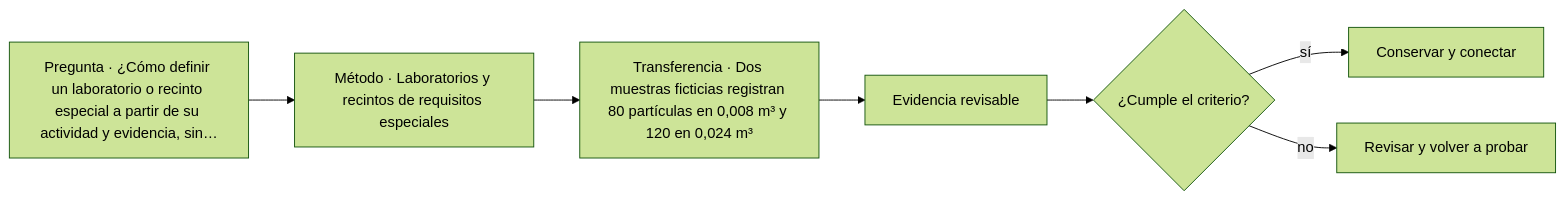
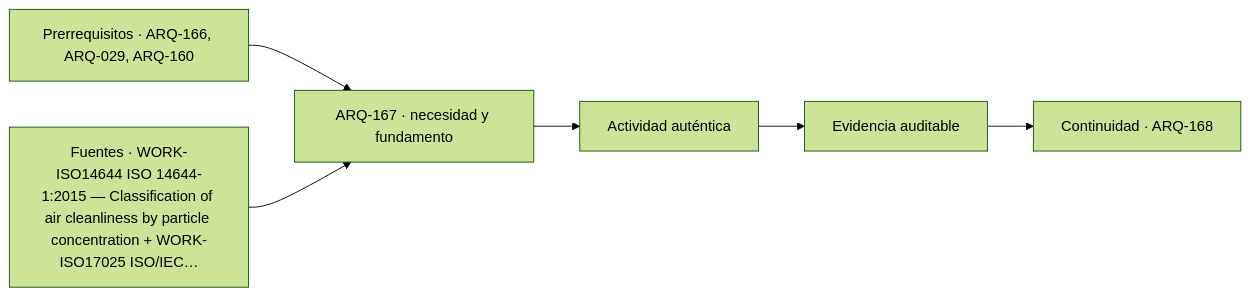
One commit to vladimiracunadev-create/architecture-built-environment-learning-program changed the diagram in classes/parte-17/ARQ-167.md. Above: the diagram before and after it, drawn with Mermaid (forest theme). The commit also changed other lines of this file and 761 other files, not shown here.

````diff
--- a/classes/parte-17/ARQ-167.md
+++ b/classes/parte-17/ARQ-167.md
@@ -108,9 +120,8 @@
 ```mermaid
 flowchart LR
-    Q["Pregunta · ¿Cómo definir un laboratorio o recinto especial a partir de su actividad y evidencia, sin…"] --> M["Método · Laboratorios y recintos de requisitos especiales"]
-    M --> P["Transferencia · Dos muestras ficticias registran 80 partículas en 0,008 m³ y 120 en 0,024 m³"]
-    P --> E["Evidencia revisable"]
-    E --> C{"¿Cumple el criterio?"}
-    C -->|sí| T["Conservar y conectar"]
-    C -->|no| R["Revisar y volver a probar"]
+    A["Prerrequisitos · ARQ-166, ARQ-029, ARQ-160"] --> B["ARQ-167 · necesidad y fundamento"]
+    S["Fuentes · WORK-ISO14644 ISO 14644-1:2015 — Classification of air cleanliness by particle concentration + WORK-ISO17025 ISO/IEC…"] --> B
+    B --> C["Actividad auténtica"]
+    C --> D["Evidencia auditable"]
+    D --> E["Continuidad · ARQ-168"]
 ```
````
